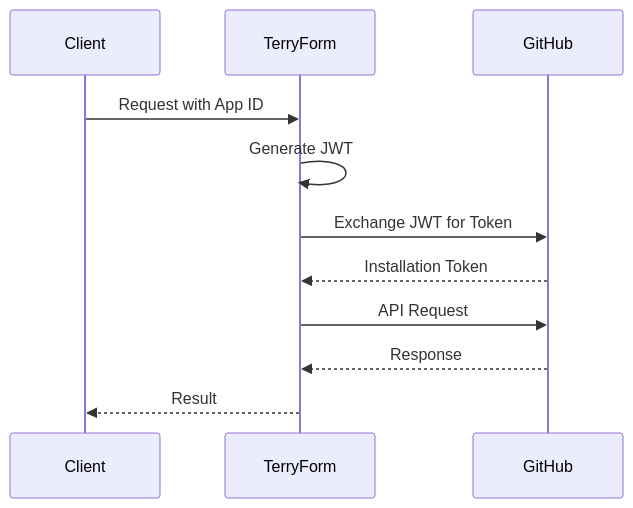
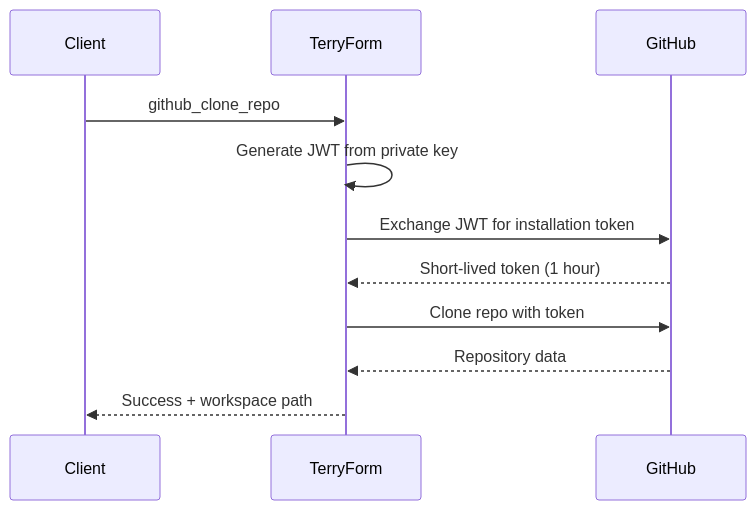
One commit to aj-geddes/terry-form-mcp changed the second of 2 diagrams in docs/_guides/security.md. Above: the diagram before and after it, drawn with Mermaid. The commit also changed other lines of this file and 80 other files, not shown here.

````diff
--- a/docs/_guides/security.md
+++ b/docs/_guides/security.md
@@ -123,14 +142,14 @@
 ```mermaid
 sequenceDiagram
     participant Client
     participant TerryForm
     participant GitHub
-    
-    Client->>TerryForm: Request with App ID
-    TerryForm->>TerryForm: Generate JWT
-    TerryForm->>GitHub: Exchange JWT for Token
-    GitHub-->>TerryForm: Installation Token
-    TerryForm->>GitHub: API Request
-    GitHub-->>TerryForm: Response
-    TerryForm-->>Client: Result
+
+    Client->>TerryForm: github_clone_repo
+    TerryForm->>TerryForm: Generate JWT from private key
+    TerryForm->>GitHub: Exchange JWT for installation token
+    GitHub-->>TerryForm: Short-lived token (1 hour)
+    TerryForm->>GitHub: Clone repo with token
+    GitHub-->>TerryForm: Repository data
+    TerryForm-->>Client: Success + workspace path
 ```
````
